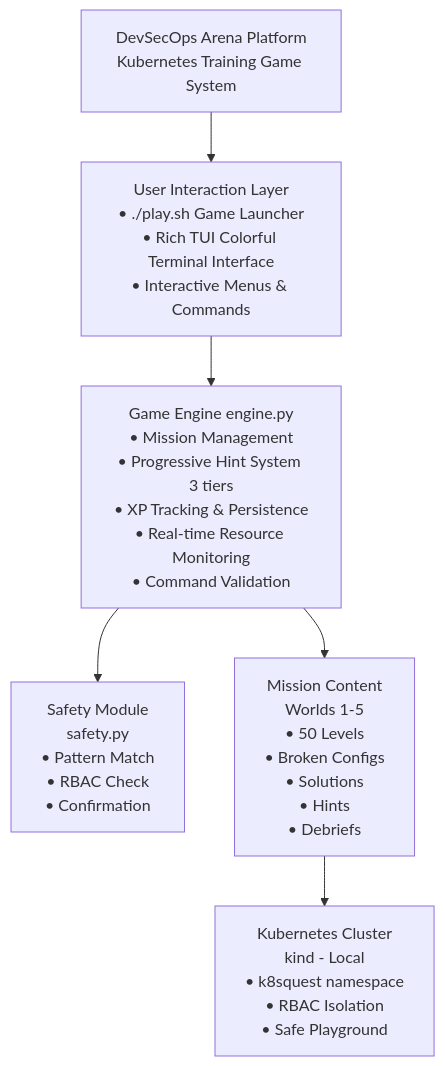
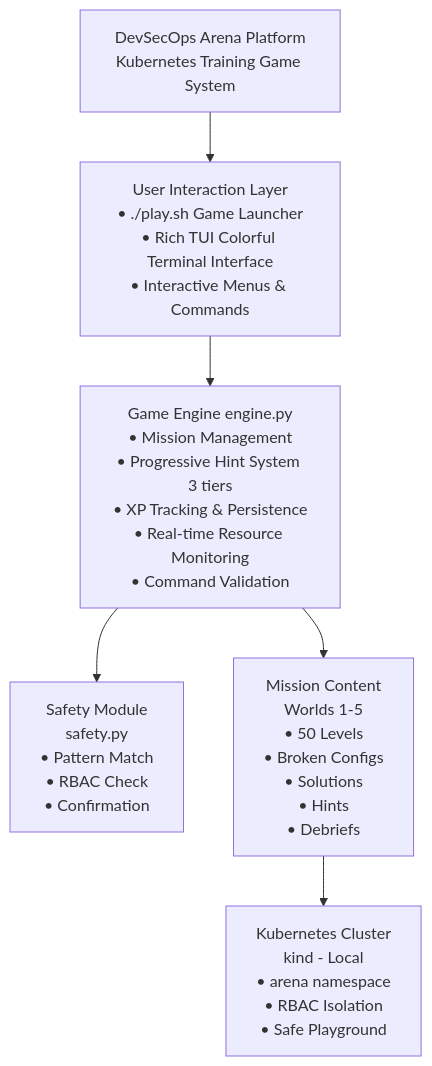
The first of 4 diagrams in docs/ARCHITECTURE.md (kholcomb/DevSecOps_Arena), drawn with Mermaid before and after one commit. The commit also changed other lines of this file and 151 other files, not shown here.

````diff
--- a/docs/ARCHITECTURE.md
+++ b/docs/ARCHITECTURE.md
@@ -5,15 +5,15 @@
 ```mermaid
 graph TD
     A[DevSecOps Arena Platform<br/>Kubernetes Training Game System]
     B[User Interaction Layer<br/>• ./play.sh Game Launcher<br/>• Rich TUI Colorful Terminal Interface<br/>• Interactive Menus & Commands]
     C[Game Engine engine.py<br/>• Mission Management<br/>• Progressive Hint System 3 tiers<br/>• XP Tracking & Persistence<br/>• Real-time Resource Monitoring<br/>• Command Validation]
     D[Safety Module<br/>safety.py<br/>• Pattern Match<br/>• RBAC Check<br/>• Confirmation]
     E[Mission Content<br/>Worlds 1-5<br/>• 50 Levels<br/>• Broken Configs<br/>• Solutions<br/>• Hints<br/>• Debriefs]
-    F[Kubernetes Cluster<br/>kind - Local<br/>• k8squest namespace<br/>• RBAC Isolation<br/>• Safe Playground]
+    F[Kubernetes Cluster<br/>kind - Local<br/>• arena namespace<br/>• RBAC Isolation<br/>• Safe Playground]
 
     A --> B
     B --> C
     C --> D
     C --> E
     E --> F
 ```
````
